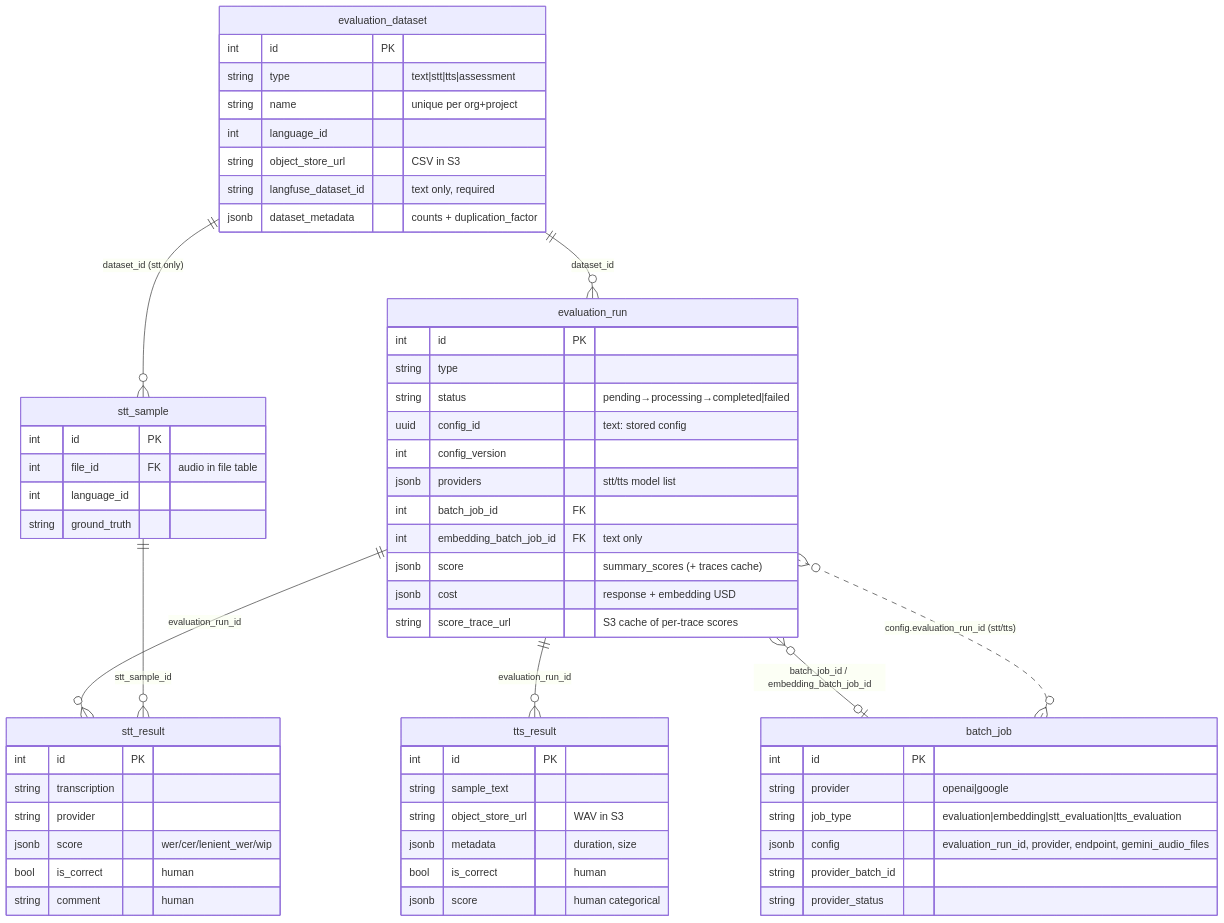
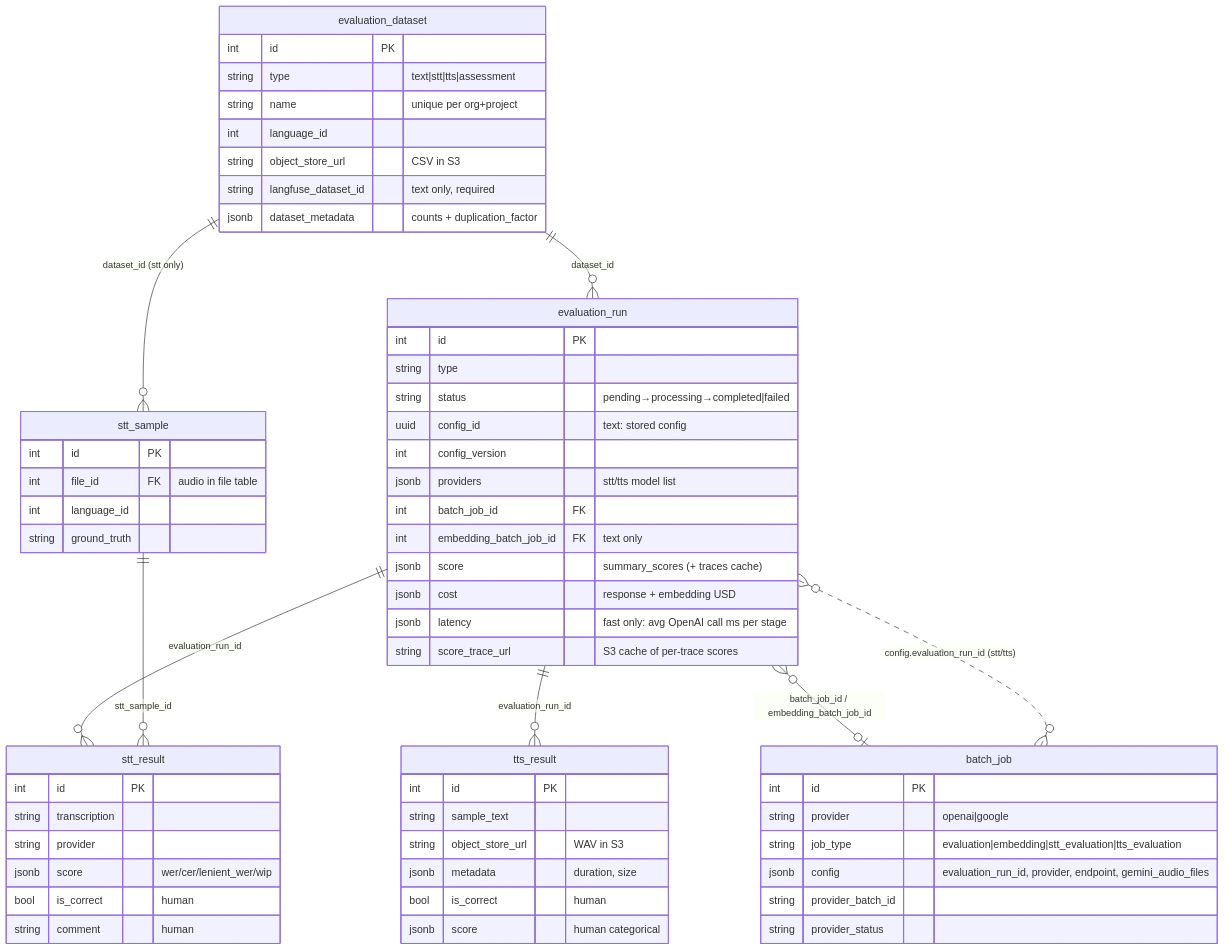
One commit to ProjectTech4DevAI/kaapi-backend changed the tenth of 10 diagrams in docs/architecture/kaapi-evaluations-ARCHITECTURE.md. Above: the diagram before and after it, drawn with Mermaid. The commit also changed other lines of this file and 18 other files, not shown here.

````diff
--- a/docs/architecture/kaapi-evaluations-ARCHITECTURE.md
+++ b/docs/architecture/kaapi-evaluations-ARCHITECTURE.md
@@ -593,63 +595,64 @@
 ```mermaid
 erDiagram
     evaluation_dataset ||--o{ evaluation_run : "dataset_id"
     evaluation_dataset ||--o{ stt_sample : "dataset_id (stt only)"
     evaluation_run ||--o{ stt_result : "evaluation_run_id"
     evaluation_run ||--o{ tts_result : "evaluation_run_id"
     stt_sample ||--o{ stt_result : "stt_sample_id"
     evaluation_run }o--o| batch_job : "batch_job_id / embedding_batch_job_id"
     batch_job }o..o{ evaluation_run : "config.evaluation_run_id (stt/tts)"
 
     evaluation_dataset {
         int id PK
         string type "text|stt|tts|assessment"
         string name "unique per org+project"
         int language_id
         string object_store_url "CSV in S3"
         string langfuse_dataset_id "text only, required"
         jsonb dataset_metadata "counts + duplication_factor"
     }
     evaluation_run {
         int id PK
         string type
         string status "pending→processing→completed|failed"
         uuid config_id "text: stored config"
         int config_version
         jsonb providers "stt/tts model list"
         int batch_job_id FK
         int embedding_batch_job_id FK "text only"
         jsonb score "summary_scores (+ traces cache)"
         jsonb cost "response + embedding USD"
+        jsonb latency "fast only: avg OpenAI call ms per stage"
         string score_trace_url "S3 cache of per-trace scores"
     }
     stt_sample {
         int id PK
         int file_id FK "audio in file table"
         int language_id
         string ground_truth
     }
     stt_result {
         int id PK
         string transcription
         string provider
         jsonb score "wer/cer/lenient_wer/wip"
         bool is_correct "human"
         string comment "human"
     }
     tts_result {
         int id PK
         string sample_text
         string object_store_url "WAV in S3"
         jsonb metadata "duration, size"
         bool is_correct "human"
         jsonb score "human categorical"
     }
     batch_job {
         int id PK
         string provider "openai|google"
         string job_type "evaluation|embedding|stt_evaluation|tts_evaluation"
         jsonb config "evaluation_run_id, provider, endpoint, gemini_audio_files"
         string provider_batch_id
         string provider_status
     }
 ```
````
